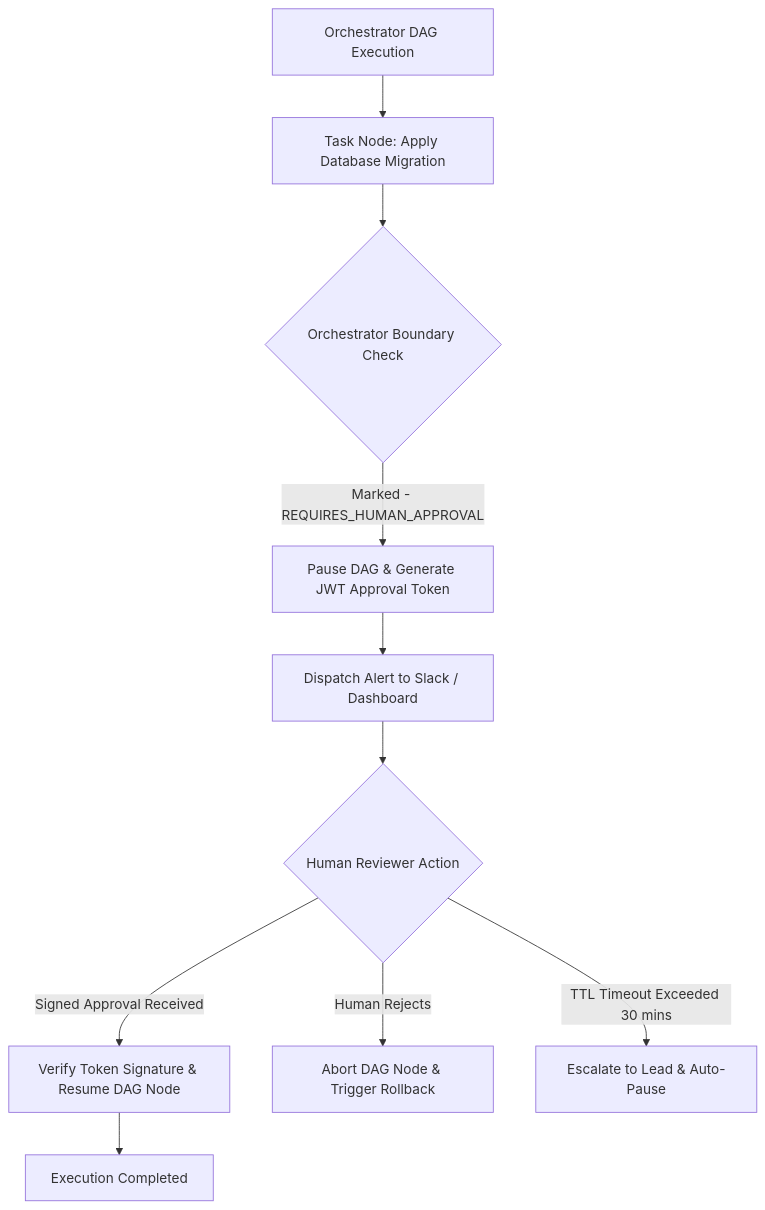
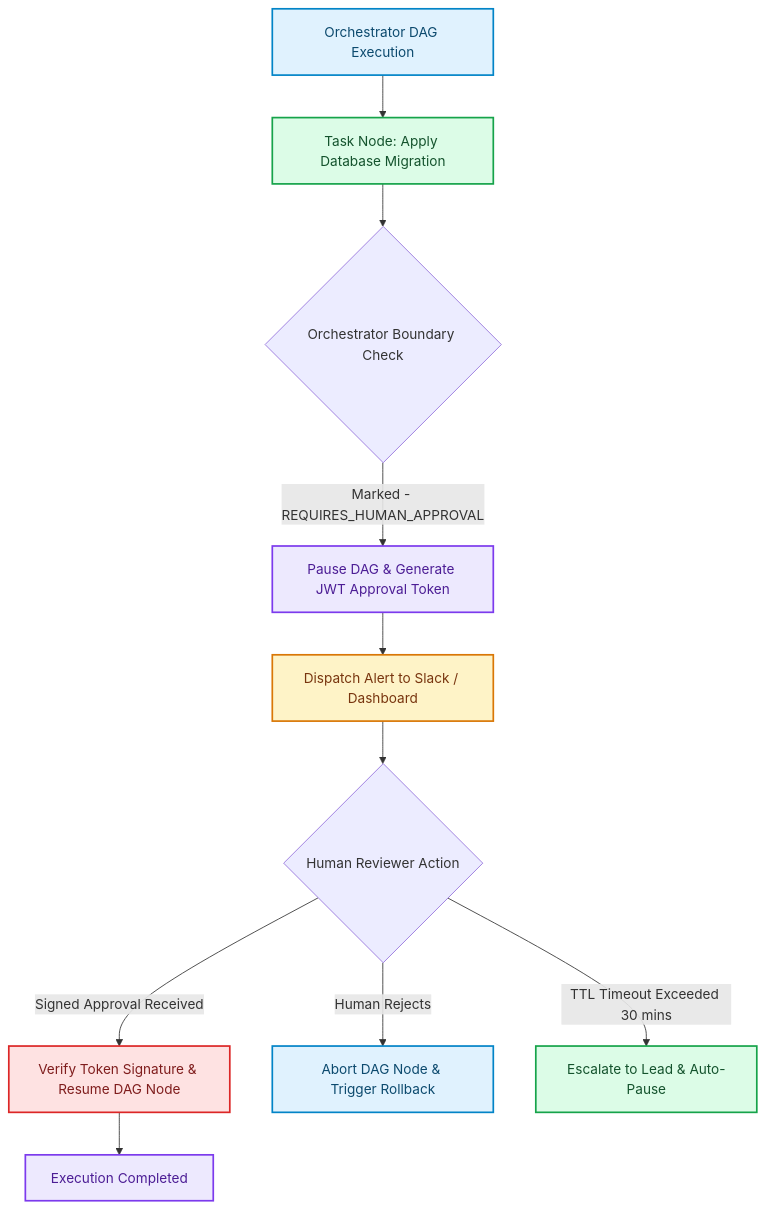
Before and after one commit to akmalkhaniub/akmalkhaniub.github.io: the diagram in blog/posts/orchestrator-hitl-gateways-escalation-approval-state-machines.md, drawn with Mermaid. The commit also changed other lines of this file and 1291 other files, not shown here.

First line of the commit message:
feat(catalog): unique covers, scholarly references, and diagram palettes

````diff
--- a/blog/posts/orchestrator-hitl-gateways-escalation-approval-state-machines.md
+++ b/blog/posts/orchestrator-hitl-gateways-escalation-approval-state-machines.md
@@ -17,14 +17,25 @@
 ```mermaid
 flowchart TD
-  A[Orchestrator DAG Execution] --> B[Task Node: Apply Database Migration]
+  A["Orchestrator DAG Execution"] --> B["Task Node: Apply Database Migration"]
   B --> C{Orchestrator Boundary Check}
-  C -->|Marked - REQUIRES_HUMAN_APPROVAL| D[Pause DAG & Generate JWT Approval Token]
-  D --> E[Dispatch Alert to Slack / Dashboard]
+  C -->|Marked - REQUIRES_HUMAN_APPROVAL| D["Pause DAG & Generate JWT Approval Token"]
+  D --> E["Dispatch Alert to Slack / Dashboard"]
   
   E --> F{Human Reviewer Action}
-  F -->|Signed Approval Received| G[Verify Token Signature & Resume DAG Node]
-  F -->|Human Rejects| H[Abort DAG Node & Trigger Rollback]
-  F -->|TTL Timeout Exceeded 30 mins| I[Escalate to Lead & Auto-Pause]
+  F -->|Signed Approval Received| G["Verify Token Signature & Resume DAG Node"]
+  F -->|Human Rejects| H["Abort DAG Node & Trigger Rollback"]
+  F -->|TTL Timeout Exceeded 30 mins| I["Escalate to Lead & Auto-Pause"]
   
-  G --> J[Execution Completed]
+  G --> J["Execution Completed"]
+
+classDef green fill:#dcfce7,stroke:#16a34a,stroke-width:2px,color:#14532d;
+classDef red fill:#fee2e2,stroke:#dc2626,stroke-width:2px,color:#7f1d1d;
+classDef blue fill:#e0f2fe,stroke:#0284c7,stroke-width:2px,color:#0c4a6e;
+classDef yellow fill:#fef3c7,stroke:#d97706,stroke-width:2px,color:#78350f;
+classDef purple fill:#ede9fe,stroke:#7c3aed,stroke-width:2px,color:#4c1d95;
+class A,H blue
+class B,I green
+class D,J purple
+class E yellow
+class G red
 ```
````
